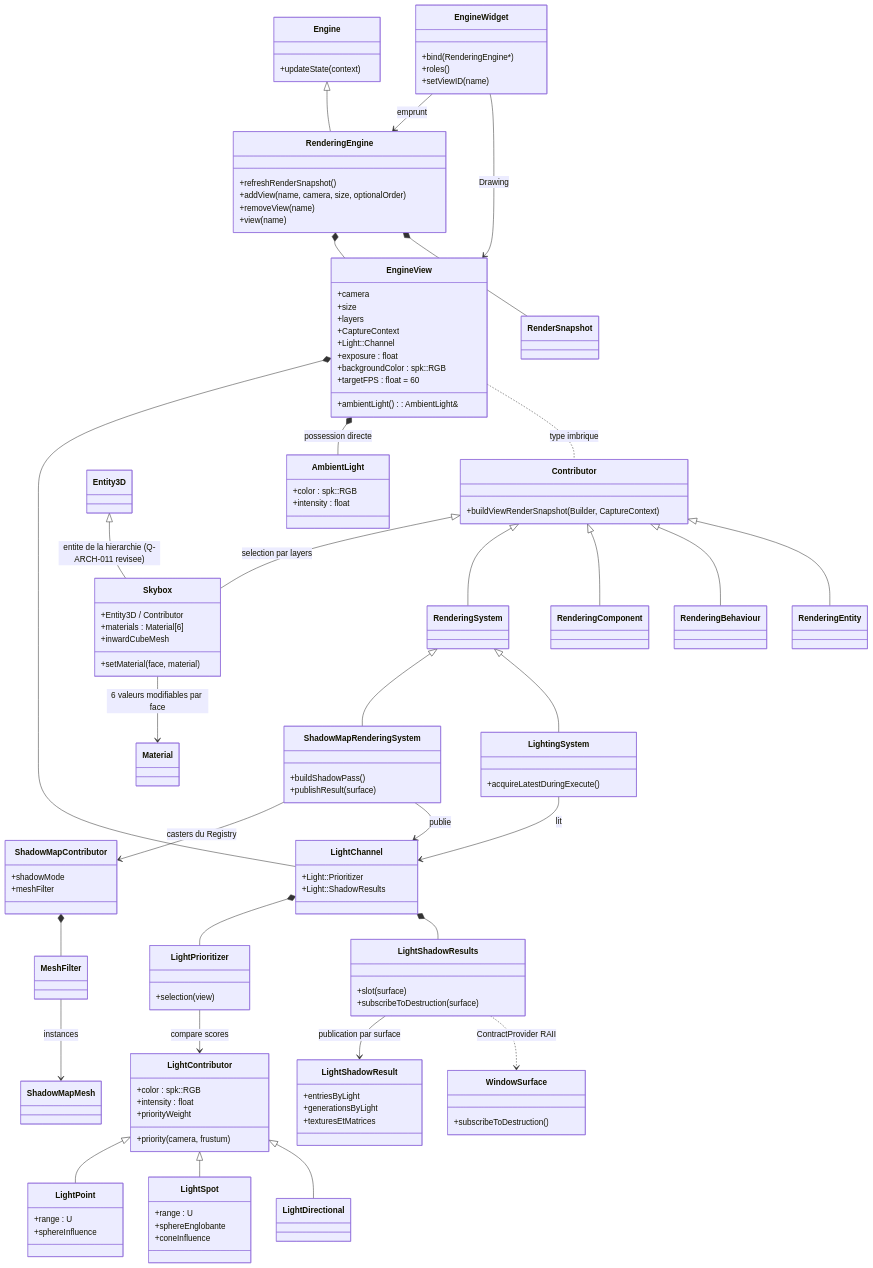
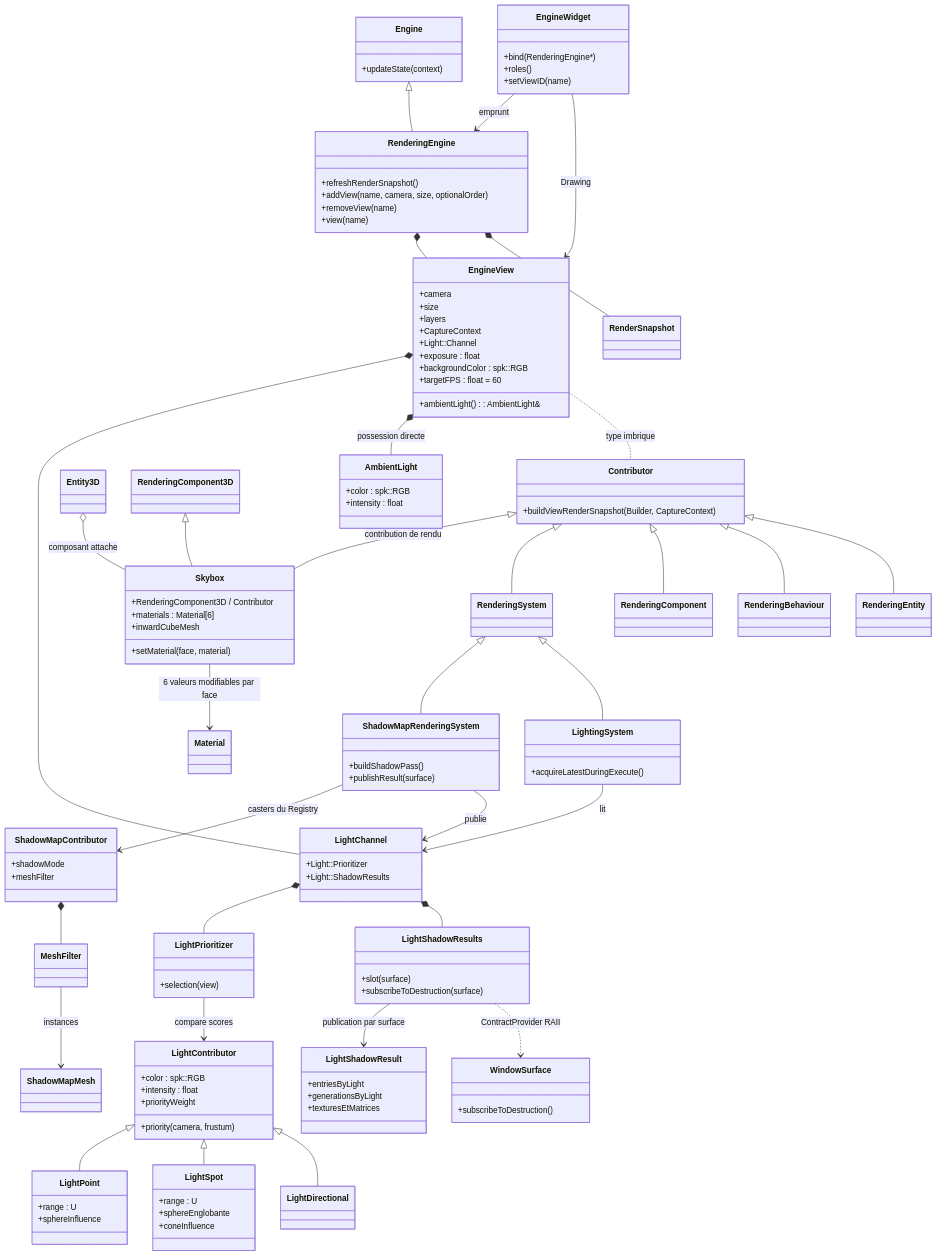
The first of 9 diagrams in docs/voxel-engine-v0.1.4/07-vues-et-passes.md (EreliaStudio/Sparkle), drawn with Mermaid before and after one commit. The commit also changed other lines of this file, not shown here.

Commit message:
docs(v0.1.4): define Skybox as an ordinary render component

```diff
--- a/docs/voxel-engine-v0.1.4/07-vues-et-passes.md
+++ b/docs/voxel-engine-v0.1.4/07-vues-et-passes.md
@@ -35,12 +35,13 @@
     +intensity : float
   }
   class Skybox {
-    +Entity3D / Contributor
+    +RenderingComponent3D / Contributor
     +materials : Material[6]
     +setMaterial(face, material)
     +inwardCubeMesh
   }
   class Entity3D
+  class RenderingComponent3D
   class Contributor {
     +buildViewRenderSnapshot(Builder, CaptureContext)
   }
@@ -106,8 +107,9 @@
   RenderingEngine *-- RenderSnapshot
   EngineView *-- LightChannel
   EngineView *-- AmbientLight : possession directe
-  Entity3D <|-- Skybox : entite de la hierarchie (Q-ARCH-011 revisee)
-  Contributor <|-- Skybox : selection par layers
+  Entity3D o-- Skybox : composant attache
+  RenderingComponent3D <|-- Skybox
+  Contributor <|-- Skybox : contribution de rendu
   Skybox --> Material : 6 valeurs modifiables par face
   EngineView .. Contributor : type imbrique
   Contributor <|-- RenderingSystem
```
